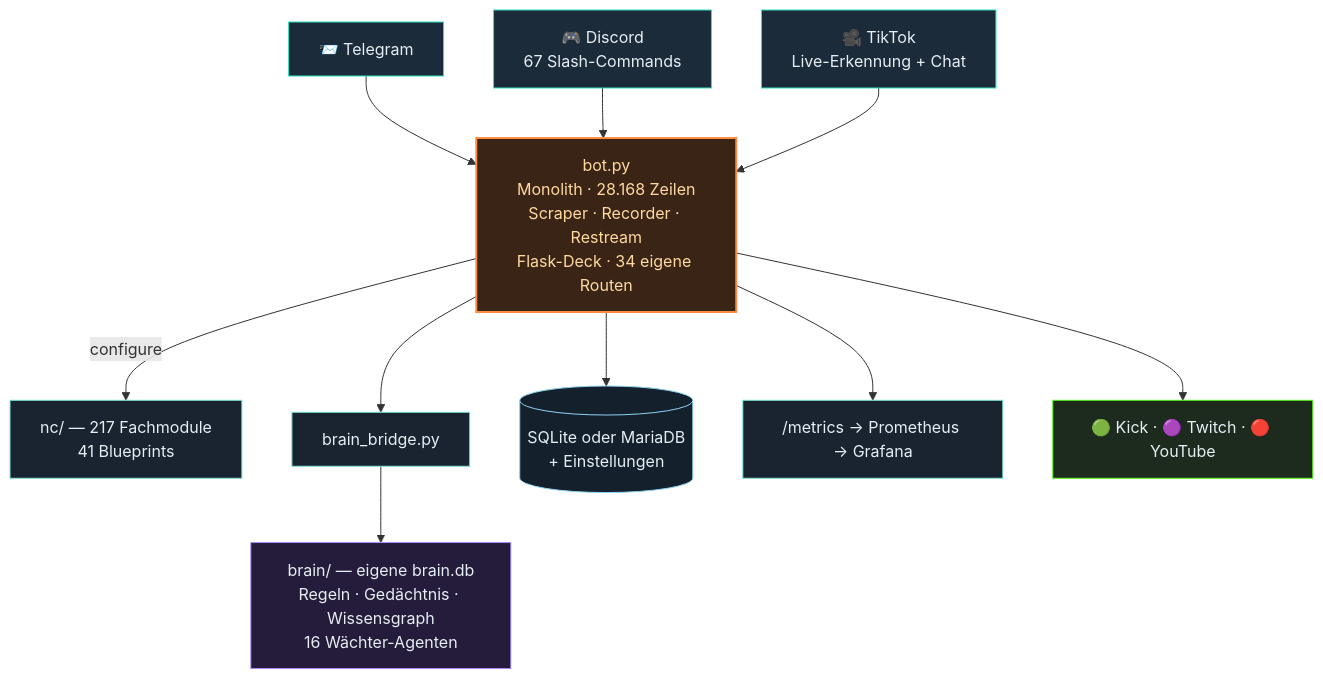
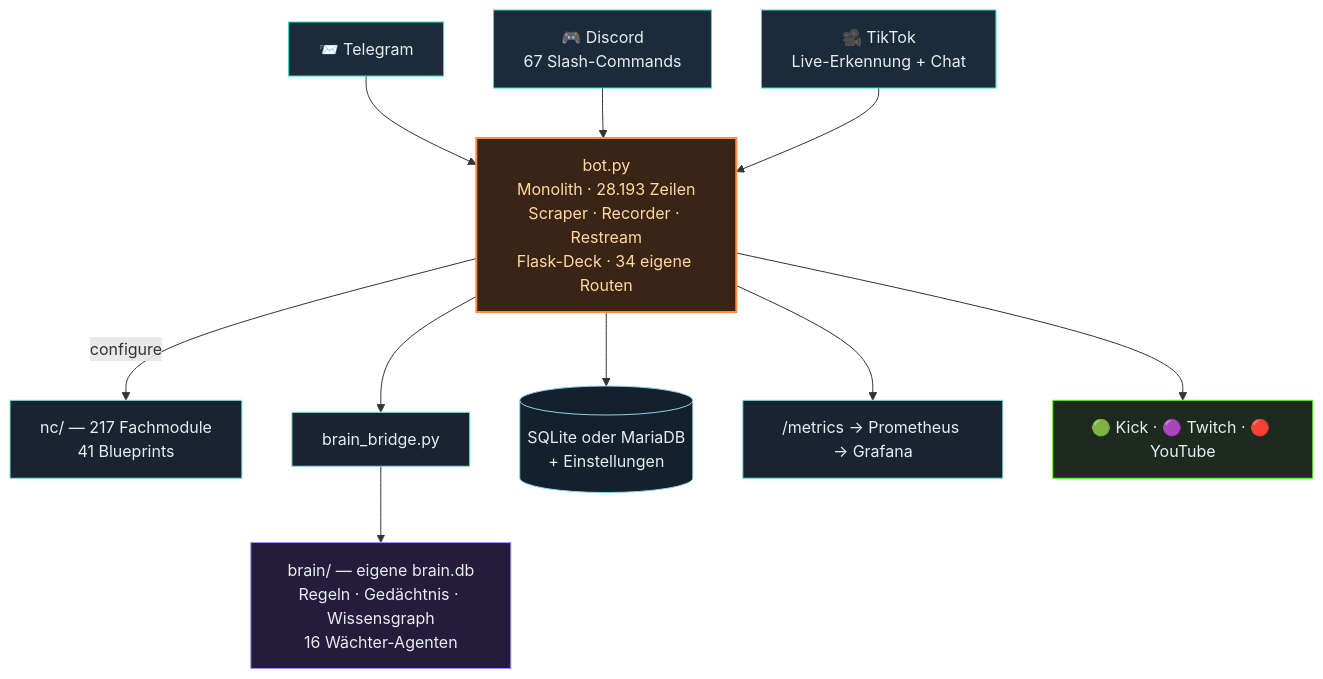
One commit to itsamemedev/Telegram-Stream-Info-Bot changed the second of 3 diagrams in README.md. Above: the diagram before and after it, drawn with Mermaid. The commit also changed other lines of this file and 12 other files, not shown here.

````diff
--- a/README.md
+++ b/README.md
@@ -118,19 +118,19 @@
 ```mermaid
 flowchart TB
     TG["📨 Telegram"]:::ein --> BOT
     DC["🎮 Discord<br/>67 Slash-Commands"]:::ein --> BOT
     TT["🎥 TikTok<br/>Live-Erkennung + Chat"]:::ein --> BOT
-    BOT["bot.py<br/>Monolith · 28.168 Zeilen<br/>Scraper · Recorder · Restream<br/>Flask-Deck · 34 eigene Routen"]:::core
+    BOT["bot.py<br/>Monolith · 28.193 Zeilen<br/>Scraper · Recorder · Restream<br/>Flask-Deck · 34 eigene Routen"]:::core
     BOT -->|configure| NC["nc/ — 217 Fachmodule<br/>41 Blueprints"]:::lib
     BOT --> BR["brain_bridge.py"]:::lib
     BR --> BRAIN["brain/ — eigene brain.db<br/>Regeln · Gedächtnis · Wissensgraph<br/>16 Wächter-Agenten"]:::brain
     BOT --> DB[("SQLite oder MariaDB<br/>+ Einstellungen")]:::db
     BOT --> PROM["/metrics → Prometheus → Grafana"]:::lib
     BOT --> OUT["🟢 Kick · 🟣 Twitch · 🔴 YouTube"]:::out
     classDef ein fill:#1c2b3a,stroke:#2de1c2,color:#e6edf3
     classDef core fill:#3a2415,stroke:#ff8c42,stroke-width:2px,color:#ffd9a0
     classDef lib fill:#1a2430,stroke:#7fe7d4,color:#e6edf3
     classDef brain fill:#241c3a,stroke:#a78bfa,color:#e6edf3
     classDef db fill:#14202c,stroke:#8fd3f4,color:#e6edf3
     classDef out fill:#1c2b1e,stroke:#53fc18,color:#e6edf3
 ```
````
